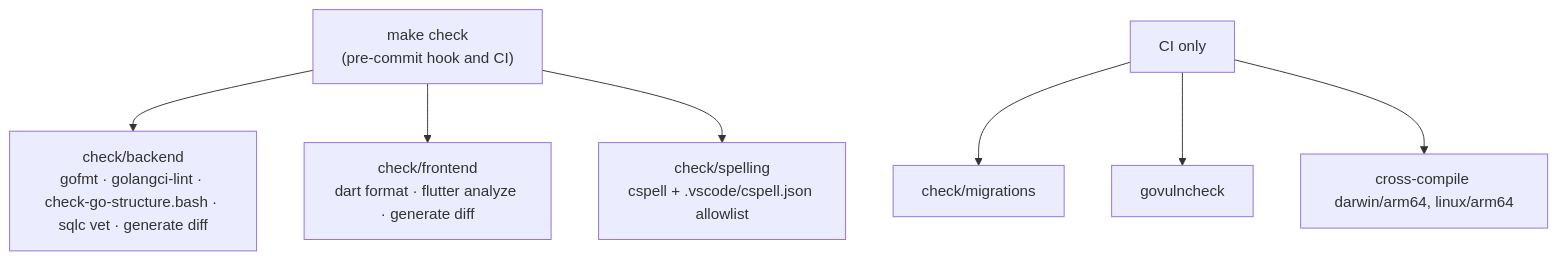
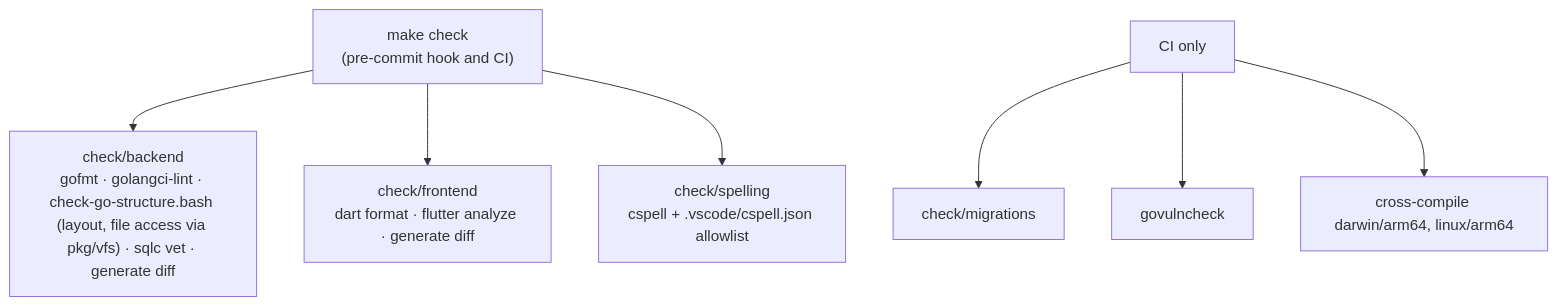
The second of 3 diagrams in docs/architecture/tooling.md (autobutler-org/quark), drawn with Mermaid before and after one commit. The commit also changed 7 other files, not shown here.

First line of the commit message:
chore: enforce file access through pkg/vfs in make check

````diff
--- a/docs/architecture/tooling.md
+++ b/docs/architecture/tooling.md
@@ -26,10 +26,10 @@
 ```mermaid
 flowchart TB
     check["make check<br/>(pre-commit hook and CI)"]
-    check --> be["check/backend<br/>gofmt · golangci-lint · check-go-structure.bash · sqlc vet · generate diff"]
+    check --> be["check/backend<br/>gofmt · golangci-lint · check-go-structure.bash (layout, file access via pkg/vfs) · sqlc vet · generate diff"]
     check --> fe["check/frontend<br/>dart format · flutter analyze · generate diff"]
     check --> sp["check/spelling<br/>cspell + .vscode/cspell.json allowlist"]
     ci["CI only"] --> mig["check/migrations"]
     ci --> vuln["govulncheck"]
     ci --> cross["cross-compile darwin/arm64, linux/arm64"]
 ```
````
